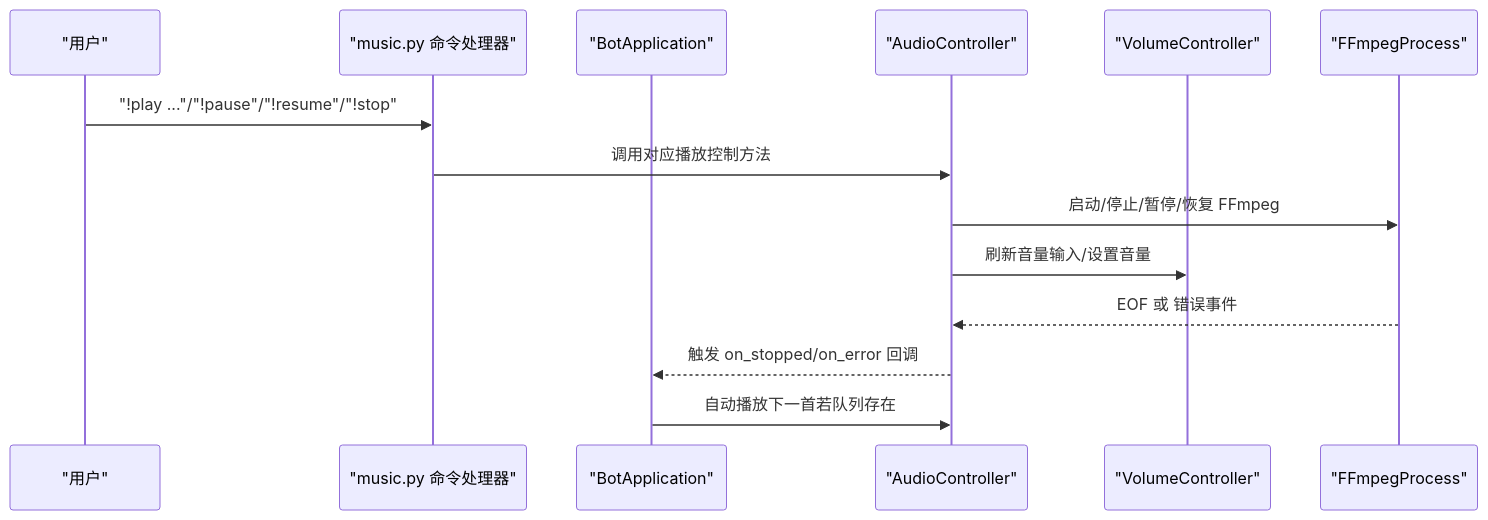
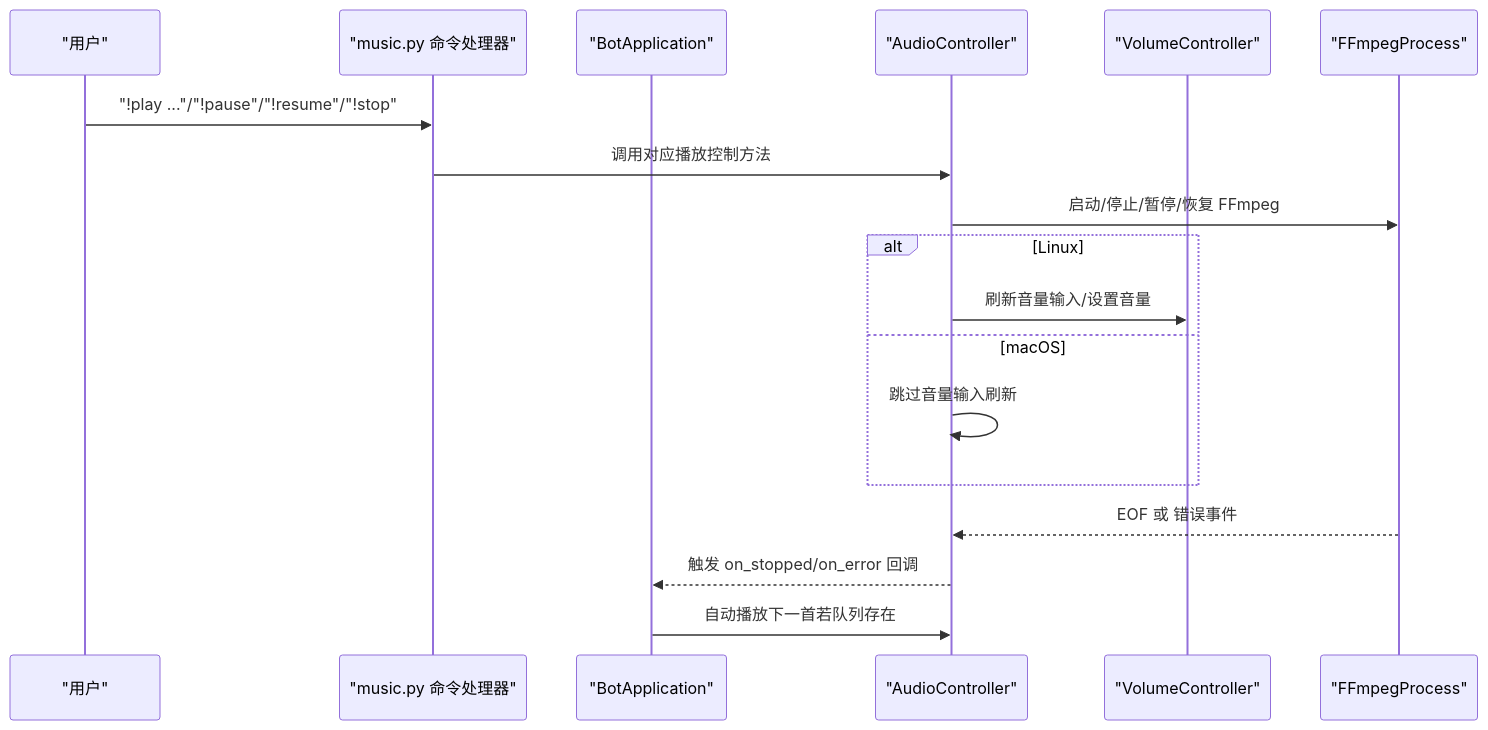
The second of 8 diagrams in .qoder/repowiki/zh/content/音乐播放系统/音频控制器.md (GhoulOwl/Teamspeak3_Bot), drawn with Mermaid before and after one commit. The commit also changed other lines of this file and 7 other files, not shown here.

````diff
--- a/.qoder/repowiki/zh/content/音乐播放系统/音频控制器.md
+++ b/.qoder/repowiki/zh/content/音乐播放系统/音频控制器.md
@@ -100,16 +109,20 @@
 ```mermaid
 sequenceDiagram
 participant User as "用户"
 participant Cmd as "music.py 命令处理器"
 participant App as "BotApplication"
 participant Ctrl as "AudioController"
 participant Vol as "VolumeController"
 participant FF as "FFmpegProcess"
 User->>Cmd : "!play ..."/"!pause"/"!resume"/"!stop"
 Cmd->>Ctrl : 调用对应播放控制方法
 Ctrl->>FF : 启动/停止/暂停/恢复 FFmpeg
+alt Linux
 Ctrl->>Vol : 刷新音量输入/设置音量
+else macOS
+Ctrl->>Ctrl : 跳过音量输入刷新
+end
 FF-->>Ctrl : EOF 或 错误事件
 Ctrl-->>App : 触发 on_stopped/on_error 回调
 App->>Ctrl : 自动播放下一首若队列存在
 ```
````
